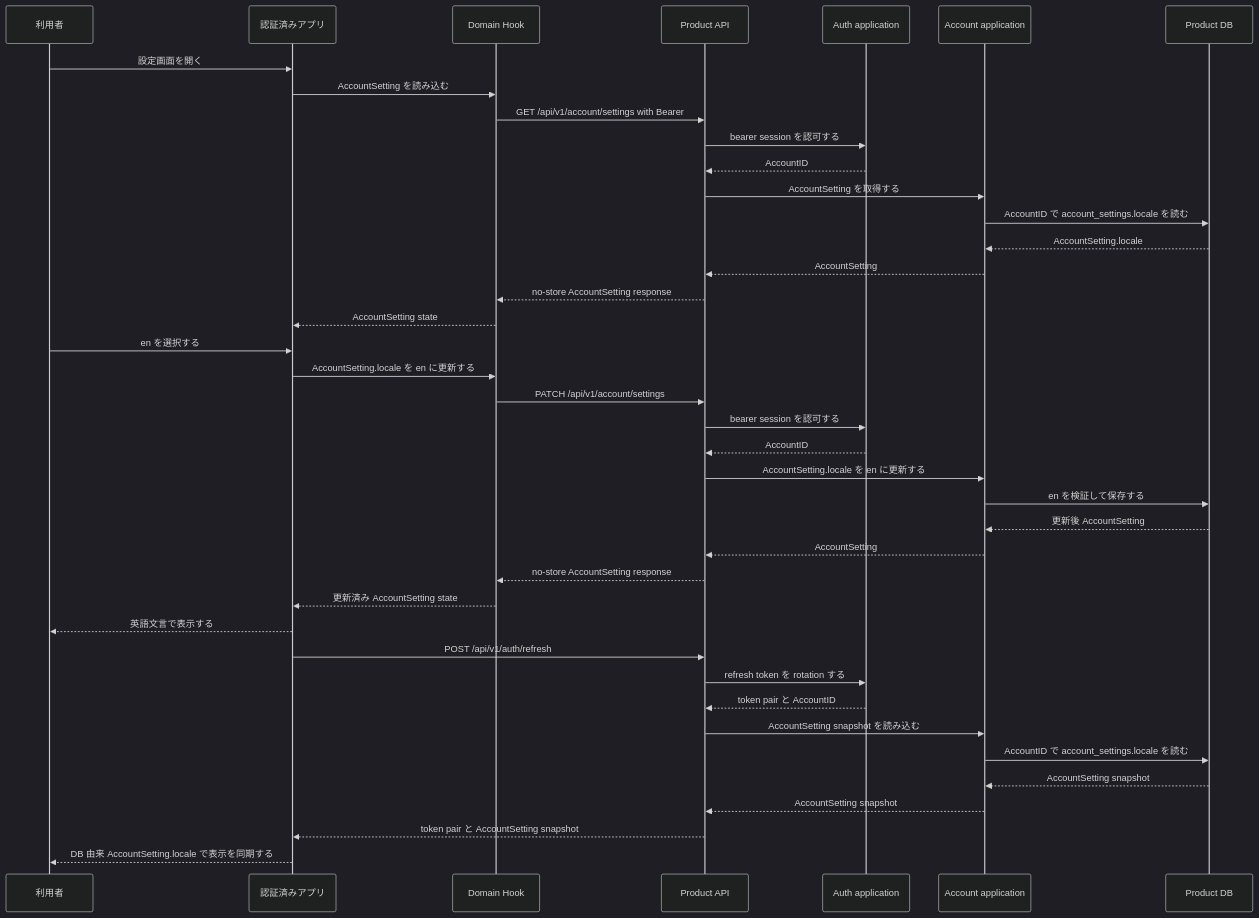
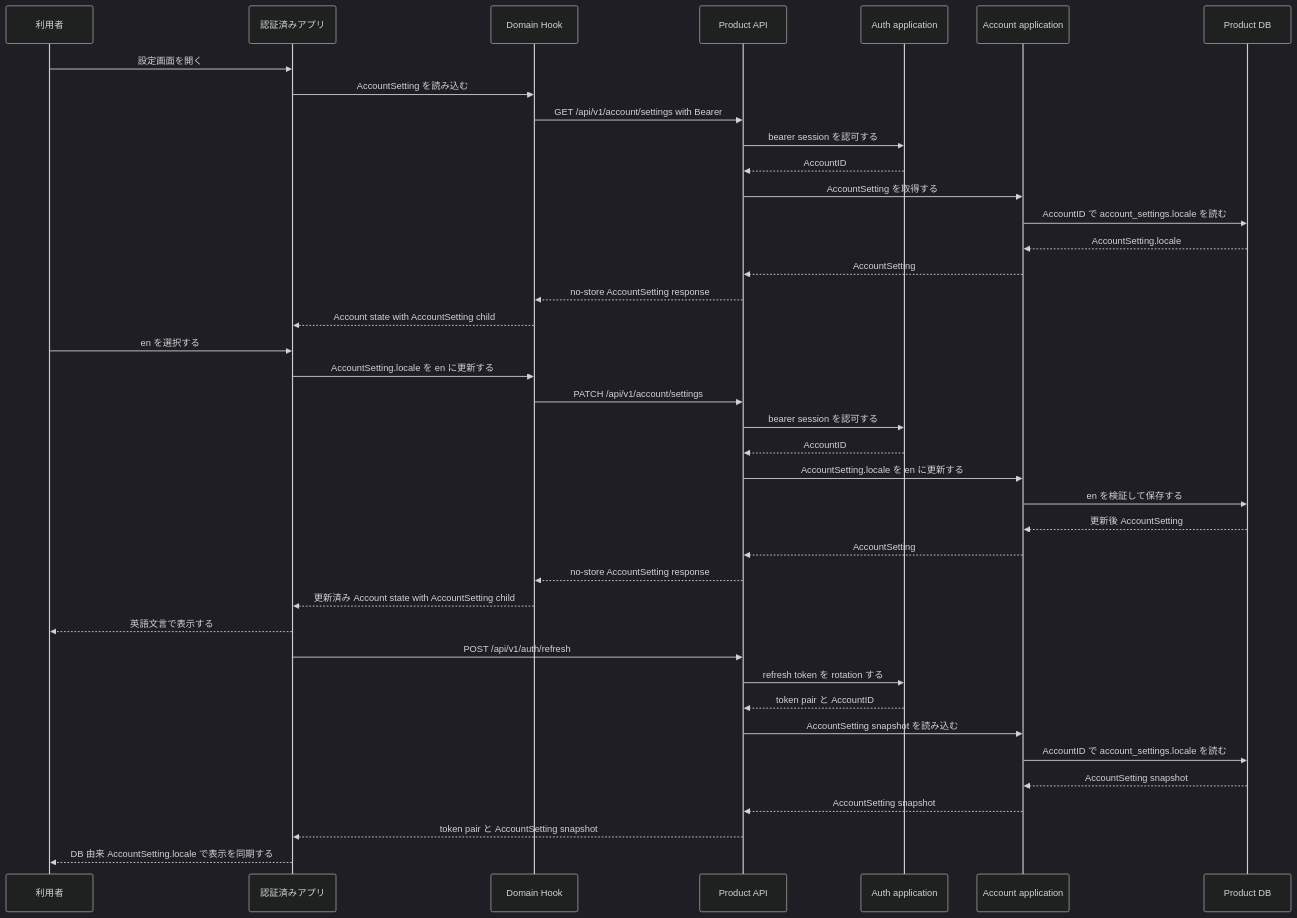
Before and after one commit to witwire-net/www-template: the third of 6 diagrams in openspec/changes/add-default-i18n/design.md, drawn with Mermaid (dark theme). The commit also changed other lines of this file and 5 other files, not shown here.

````diff
--- a/openspec/changes/add-default-i18n/design.md
+++ b/openspec/changes/add-default-i18n/design.md
@@ -317,42 +329,42 @@
 ```mermaid
 sequenceDiagram
   participant U as 利用者
   participant A as 認証済みアプリ
   participant D as Domain Hook
   participant API as Product API
   participant AUTH as Auth application
   participant ACC as Account application
   participant DB as Product DB
   U->>A: 設定画面を開く
   A->>D: AccountSetting を読み込む
   D->>API: GET /api/v1/account/settings with Bearer
   API->>AUTH: bearer session を認可する
   AUTH-->>API: AccountID
   API->>ACC: AccountSetting を取得する
   ACC->>DB: AccountID で account_settings.locale を読む
   DB-->>ACC: AccountSetting.locale
   ACC-->>API: AccountSetting
   API-->>D: no-store AccountSetting response
-  D-->>A: AccountSetting state
+  D-->>A: Account state with AccountSetting child
   U->>A: en を選択する
   A->>D: AccountSetting.locale を en に更新する
   D->>API: PATCH /api/v1/account/settings
   API->>AUTH: bearer session を認可する
   AUTH-->>API: AccountID
   API->>ACC: AccountSetting.locale を en に更新する
   ACC->>DB: en を検証して保存する
   DB-->>ACC: 更新後 AccountSetting
   ACC-->>API: AccountSetting
   API-->>D: no-store AccountSetting response
-  D-->>A: 更新済み AccountSetting state
+  D-->>A: 更新済み Account state with AccountSetting child
   A-->>U: 英語文言で表示する
   A->>API: POST /api/v1/auth/refresh
   API->>AUTH: refresh token を rotation する
   AUTH-->>API: token pair と AccountID
   API->>ACC: AccountSetting snapshot を読み込む
   ACC->>DB: AccountID で account_settings.locale を読む
   DB-->>ACC: AccountSetting snapshot
   ACC-->>API: AccountSetting snapshot
   API-->>A: token pair と AccountSetting snapshot
   A-->>U: DB 由来 AccountSetting.locale で表示を同期する
 ```
````
